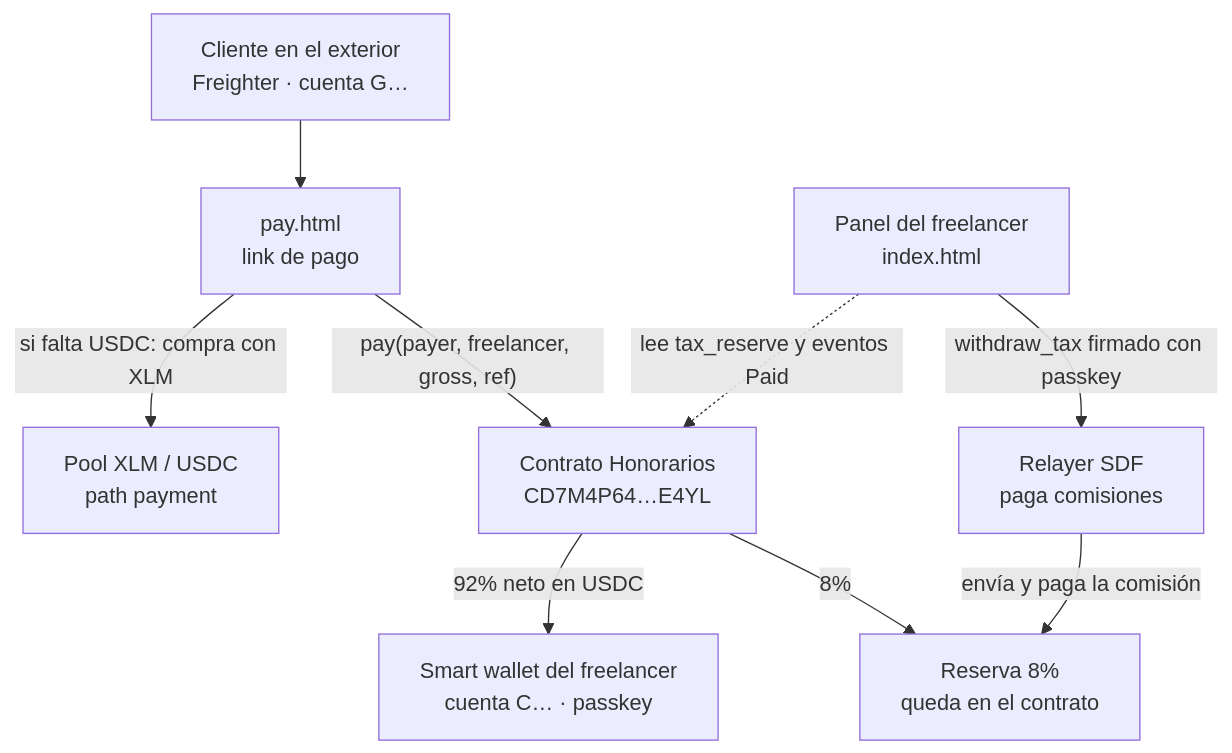
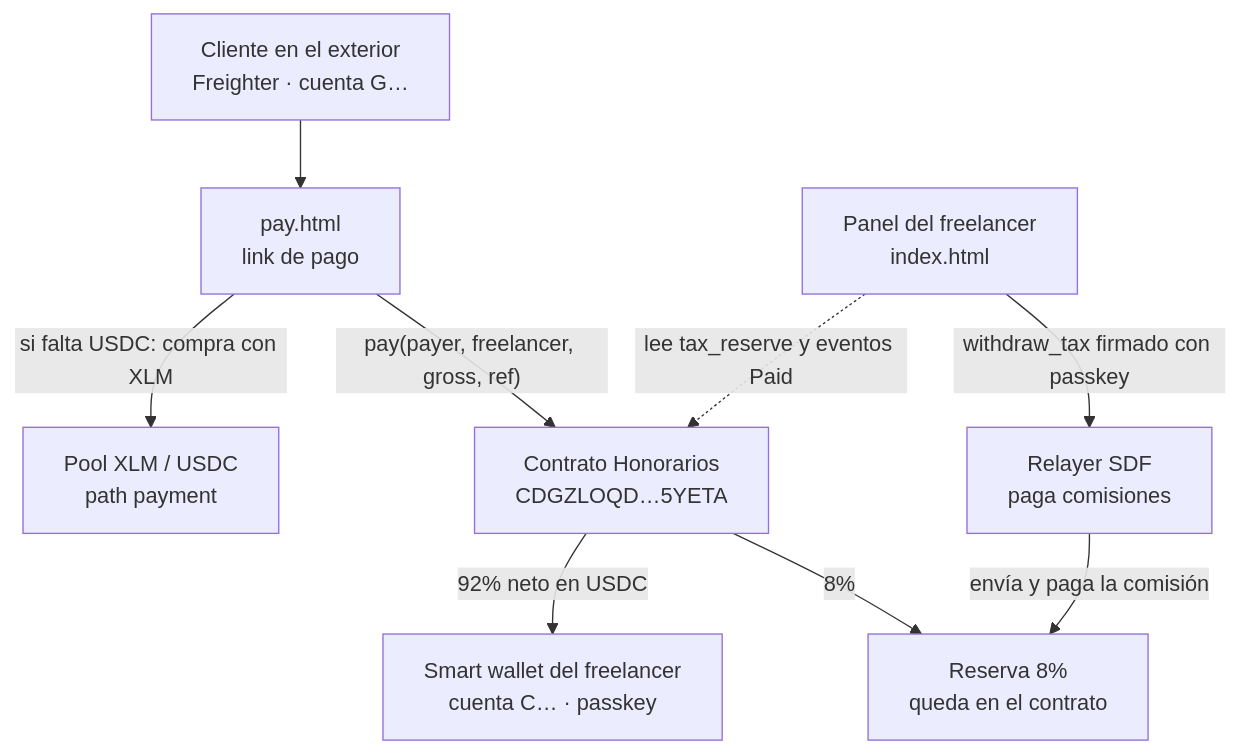
Before and after one commit to kasbsquall/honorarios: the first of 3 diagrams in docs/arquitectura.md, drawn with Mermaid. The commit also changed other lines of this file and 23 other files, not shown here.

````diff
--- a/docs/arquitectura.md
+++ b/docs/arquitectura.md
@@ -9,20 +9,20 @@
 ```mermaid
 flowchart TB
   CL["Cliente en el exterior<br/>Freighter · cuenta G…"]
   PG["pay.html<br/>link de pago"]
   POOL["Pool XLM / USDC<br/>path payment"]
-  H["Contrato Honorarios<br/>CD7M4P64…E4YL"]
+  H["Contrato Honorarios<br/>CDGZLOQD…5YETA"]
   RES["Reserva 8%<br/>queda en el contrato"]
   SW["Smart wallet del freelancer<br/>cuenta C… · passkey"]
   D["Panel del freelancer<br/>index.html"]
   R["Relayer SDF<br/>paga comisiones"]
 
   CL --> PG
   PG -->|"si falta USDC: compra con XLM"| POOL
   PG -->|"pay(payer, freelancer, gross, ref)"| H
   H -->|"92% neto en USDC"| SW
   H -->|"8%"| RES
   D -.->|"lee tax_reserve y eventos Paid"| H
   D -->|"withdraw_tax firmado con passkey"| R
   R -->|"envía y paga la comisión"| RES
 ```
````
